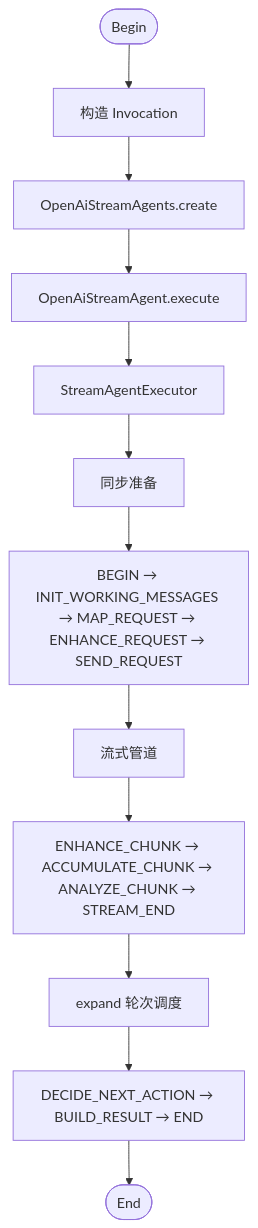
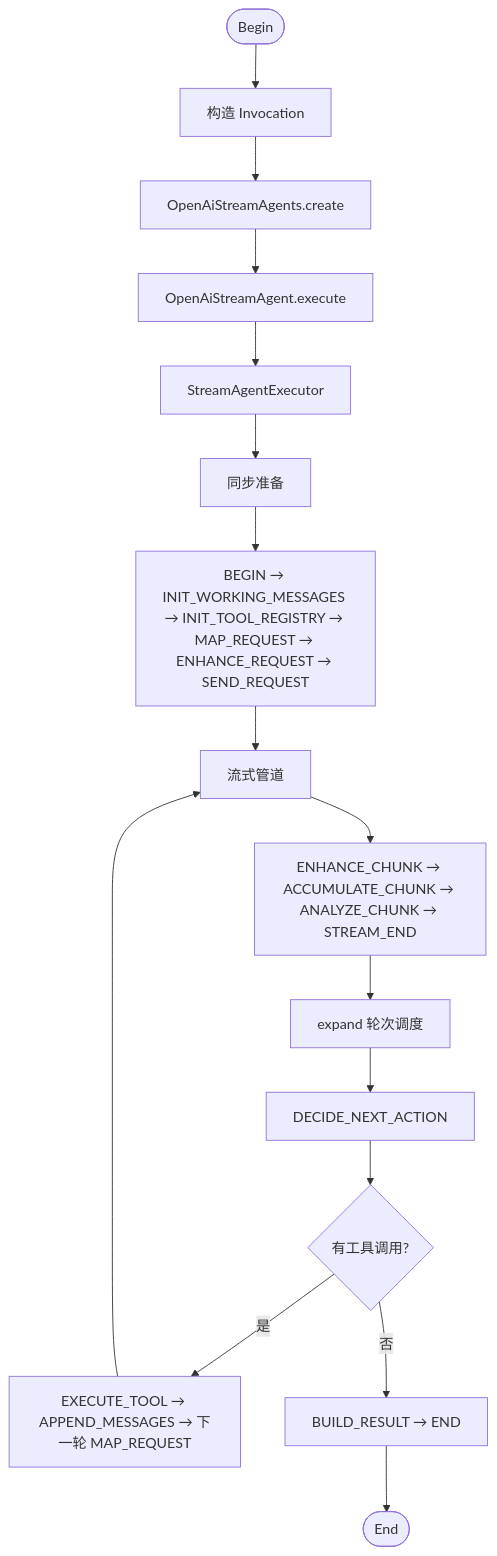
One commit to Halcyonsong/liteagent-template changed the third of 3 diagrams in docs/quick-start.md. Above: the diagram before and after it, drawn with Mermaid. The commit also changed other lines of this file and 55 other files, not shown here.

````diff
--- a/docs/quick-start.md
+++ b/docs/quick-start.md
@@ -52,14 +58,18 @@
 ```mermaid
 flowchart TD
     Begin3([Begin]) --> C1[构造 Invocation]
     C1 --> C2[OpenAiStreamAgents.create]
     C2 --> C3[OpenAiStreamAgent.execute]
     C3 --> C4[StreamAgentExecutor]
     C4 --> C5[同步准备]
-    C5 --> C6[BEGIN → INIT_WORKING_MESSAGES → MAP_REQUEST → ENHANCE_REQUEST → SEND_REQUEST]
+    C5 --> C6[BEGIN → INIT_WORKING_MESSAGES → INIT_TOOL_REGISTRY → MAP_REQUEST → ENHANCE_REQUEST → SEND_REQUEST]
     C6 --> C7[流式管道]
     C7 --> C8[ENHANCE_CHUNK → ACCUMULATE_CHUNK → ANALYZE_CHUNK → STREAM_END]
     C8 --> C9[expand 轮次调度]
-    C9 --> C10[DECIDE_NEXT_ACTION → BUILD_RESULT → END]
-    C10 --> End3([End])
+    C9 --> C10[DECIDE_NEXT_ACTION]
+    C10 --> C11{有工具调用?}
+    C11 -- 是 --> C12[EXECUTE_TOOL → APPEND_MESSAGES → 下一轮 MAP_REQUEST]
+    C12 --> C7
+    C11 -- 否 --> C13[BUILD_RESULT → END]
+    C13 --> End3([End])
 ```
````
